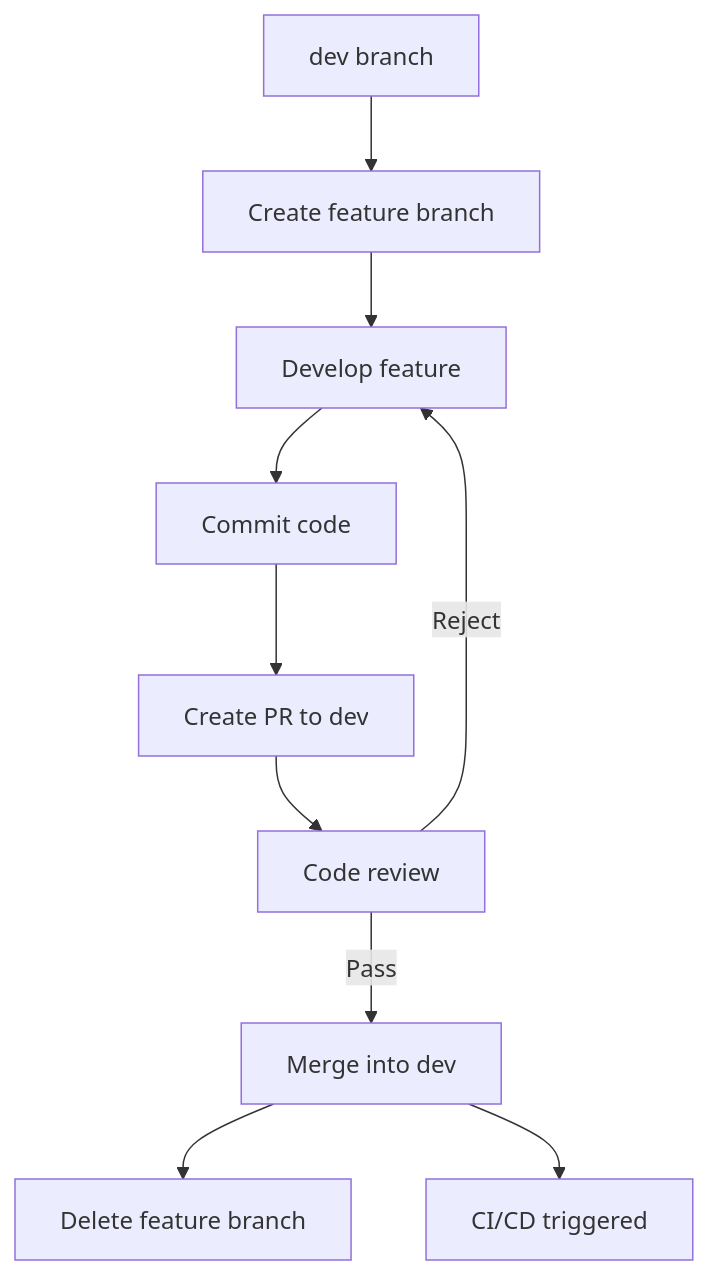
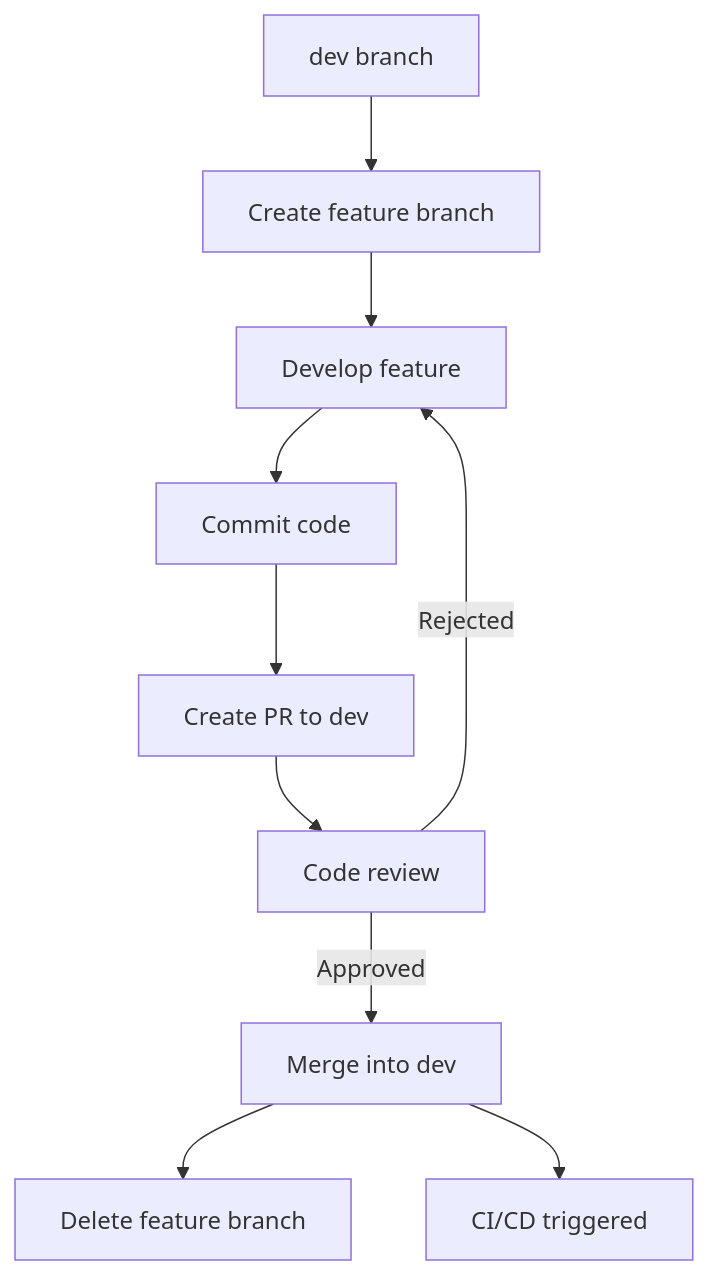
Before and after one commit to ChenXu233/YaoXiang: the first of 3 diagrams in docs/src/en/dev/branch-maintenance-guide.md, drawn with Mermaid. The commit also changed other lines of this file and 2 other files, not shown here.

````diff
--- a/docs/src/en/dev/branch-maintenance-guide.md
+++ b/docs/src/en/dev/branch-maintenance-guide.md
@@ -153,12 +153,12 @@
 ```mermaid
 graph TD
     A[dev branch] --> B[Create feature branch]
     B --> C[Develop feature]
     C --> D[Commit code]
     D --> E[Create PR to dev]
     E --> F[Code review]
-    F -->|Pass| G[Merge into dev]
-    F -->|Reject| C
+    F -->|Approved| G[Merge into dev]
+    F -->|Rejected| C
     G --> H[Delete feature branch]
     G --> I[CI/CD triggered]
 ```
````
